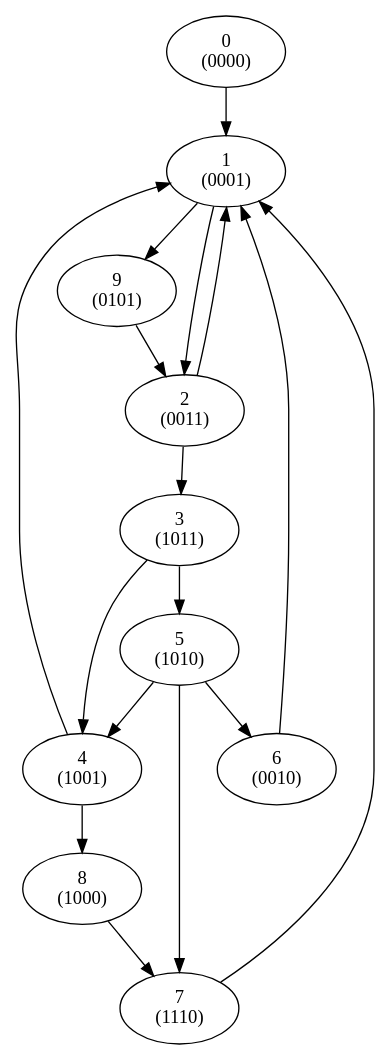
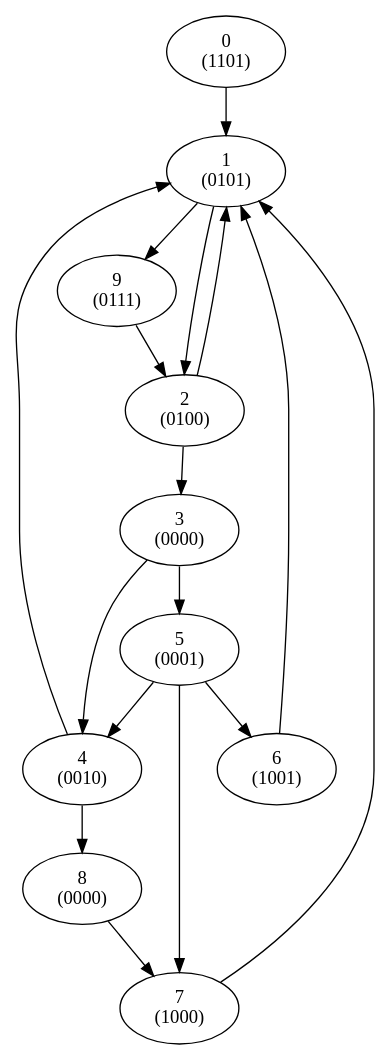
One commit to abemac/verilog-to-fsm changed the diagram in state_encoding/yuan_alg/run/graph3.dot. Above: the diagram before and after it, drawn with Graphviz. The commit also changed 3 other files, not shown here.

```diff
--- a/state_encoding/yuan_alg/run/graph3.dot
+++ b/state_encoding/yuan_alg/run/graph3.dot
@@ -1,18 +1,18 @@
 digraph fsm {
-"0\n(0000)" -> "1\n(0001)";
-"1\n(0001)" -> "2\n(0011)";
-"1\n(0001)" -> "9\n(0101)";
-"2\n(0011)" -> "1\n(0001)";
-"2\n(0011)" -> "3\n(1011)";
-"3\n(1011)" -> "5\n(1010)";
-"3\n(1011)" -> "4\n(1001)";
-"4\n(1001)" -> "1\n(0001)";
-"4\n(1001)" -> "8\n(1000)";
-"5\n(1010)" -> "4\n(1001)";
-"5\n(1010)" -> "7\n(1110)";
-"5\n(1010)" -> "6\n(0010)";
-"6\n(0010)" -> "1\n(0001)";
-"7\n(1110)" -> "1\n(0001)";
-"8\n(1000)" -> "7\n(1110)";
-"9\n(0101)" -> "2\n(0011)";
+"0\n(1101)" -> "1\n(0101)";
+"1\n(0101)" -> "2\n(0100)";
+"1\n(0101)" -> "9\n(0111)";
+"2\n(0100)" -> "1\n(0101)";
+"2\n(0100)" -> "3\n(0000)";
+"3\n(0000)" -> "5\n(0001)";
+"3\n(0000)" -> "4\n(0010)";
+"4\n(0010)" -> "1\n(0101)";
+"4\n(0010)" -> "8\n(0000)";
+"5\n(0001)" -> "4\n(0010)";
+"5\n(0001)" -> "7\n(1000)";
+"5\n(0001)" -> "6\n(1001)";
+"6\n(1001)" -> "1\n(0101)";
+"7\n(1000)" -> "1\n(0101)";
+"8\n(0000)" -> "7\n(1000)";
+"9\n(0111)" -> "2\n(0100)";
 }
```
